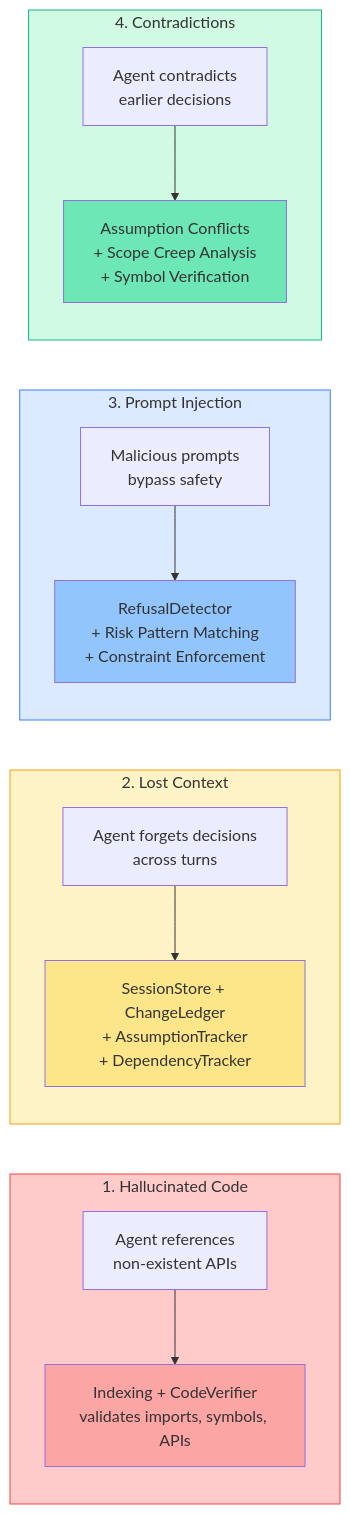
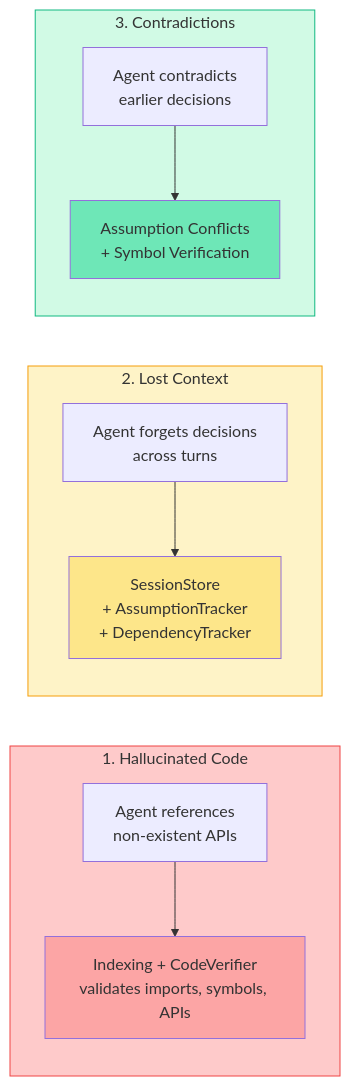
Before and after one commit to nella-labs/nella: diagram 19 of 23 in docs/architecture.md, drawn with Mermaid. The commit also changed other lines of this file and 23 other files, not shown here.

````diff
--- a/docs/architecture.md
+++ b/docs/architecture.md
@@ -1161,36 +1007,28 @@
 ```mermaid
 graph LR
     subgraph P1["1. Hallucinated Code"]
         P1_Problem["Agent references<br/>non-existent APIs"]
         P1_Solution["Indexing + CodeVerifier<br/>validates imports, symbols, APIs"]
     end
 
     subgraph P2["2. Lost Context"]
         P2_Problem["Agent forgets decisions<br/>across turns"]
-        P2_Solution["SessionStore + ChangeLedger<br/>+ AssumptionTracker<br/>+ DependencyTracker"]
+        P2_Solution["SessionStore<br/>+ AssumptionTracker<br/>+ DependencyTracker"]
     end
 
-    subgraph P3["3. Prompt Injection"]
-        P3_Problem["Malicious prompts<br/>bypass safety"]
-        P3_Solution["RefusalDetector<br/>+ Risk Pattern Matching<br/>+ Constraint Enforcement"]
-    end
-
-    subgraph P4["4. Contradictions"]
-        P4_Problem["Agent contradicts<br/>earlier decisions"]
-        P4_Solution["Assumption Conflicts<br/>+ Scope Creep Analysis<br/>+ Symbol Verification"]
+    subgraph P3["3. Contradictions"]
+        P3_Problem["Agent contradicts<br/>earlier decisions"]
+        P3_Solution["Assumption Conflicts<br/>+ Symbol Verification"]
     end
 
     P1_Problem --> P1_Solution
     P2_Problem --> P2_Solution
     P3_Problem --> P3_Solution
-    P4_Problem --> P4_Solution
 
     style P1 fill:#fecaca,stroke:#ef4444
     style P2 fill:#fef3c7,stroke:#f59e0b
-    style P3 fill:#dbeafe,stroke:#3b82f6
-    style P4 fill:#d1fae5,stroke:#10b981
+    style P3 fill:#d1fae5,stroke:#10b981
     style P1_Solution fill:#fca5a5
     style P2_Solution fill:#fde68a
-    style P3_Solution fill:#93c5fd
-    style P4_Solution fill:#6ee7b7
+    style P3_Solution fill:#6ee7b7
 ```
````
